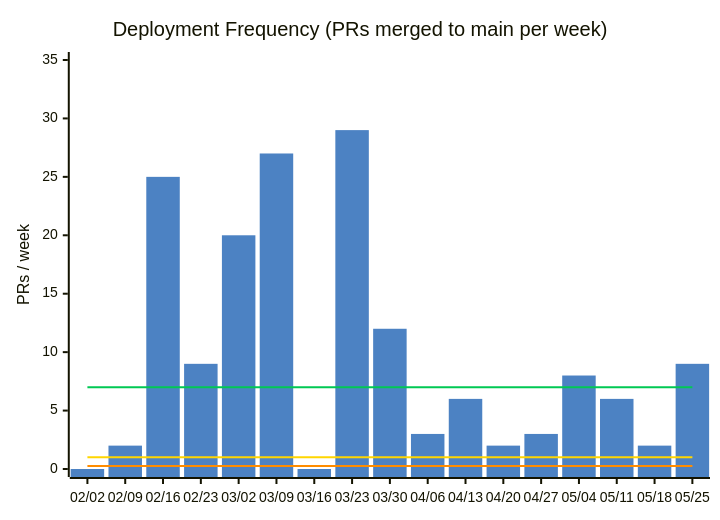
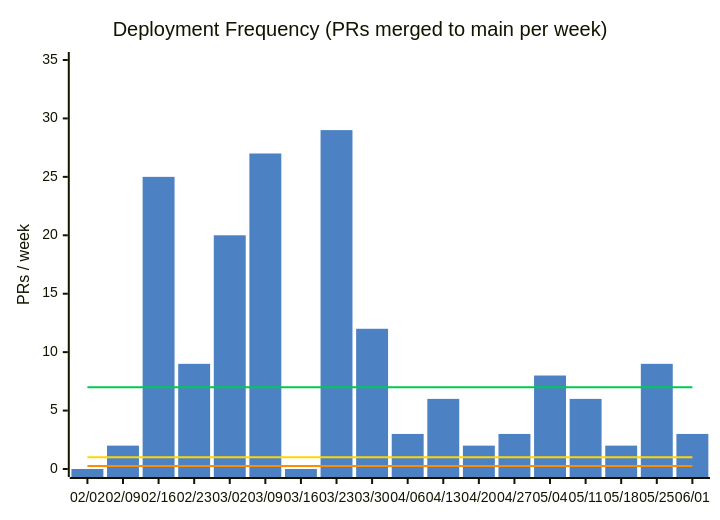
Before and after one commit to nablarch/nabledge-dev: the first of 14 diagrams in docs/metrics.md, drawn with Mermaid. The commit also changed other lines of this file and 2 other files, not shown here.

````diff
--- a/docs/metrics.md
+++ b/docs/metrics.md
@@ -37,11 +37,11 @@
 ```mermaid
 %%{init: {'theme': 'base', 'themeVariables': {'xyChart': {'plotColorPalette': '#4C82C3,#00C853,#FFD600,#FF8C00'}}}}%%
 xychart-beta
   title "Deployment Frequency (PRs merged to main per week)"
-  x-axis ["02/02", "02/09", "02/16", "02/23", "03/02", "03/09", "03/16", "03/23", "03/30", "04/06", "04/13", "04/20", "04/27", "05/04", "05/11", "05/18", "05/25"]
+  x-axis ["02/02", "02/09", "02/16", "02/23", "03/02", "03/09", "03/16", "03/23", "03/30", "04/06", "04/13", "04/20", "04/27", "05/04", "05/11", "05/18", "05/25", "06/01"]
   y-axis "PRs / week" 0 --> 35
-  bar [0, 2, 25, 9, 20, 27, 0, 29, 12, 3, 6, 2, 3, 8, 6, 2, 9]
-  line [7, 7, 7, 7, 7, 7, 7, 7, 7, 7, 7, 7, 7, 7, 7, 7, 7]
-  line [1, 1, 1, 1, 1, 1, 1, 1, 1, 1, 1, 1, 1, 1, 1, 1, 1]
-  line [0.25, 0.25, 0.25, 0.25, 0.25, 0.25, 0.25, 0.25, 0.25, 0.25, 0.25, 0.25, 0.25, 0.25, 0.25, 0.25, 0.25]
+  bar [0, 2, 25, 9, 20, 27, 0, 29, 12, 3, 6, 2, 3, 8, 6, 2, 9, 3]
+  line [7, 7, 7, 7, 7, 7, 7, 7, 7, 7, 7, 7, 7, 7, 7, 7, 7, 7]
+  line [1, 1, 1, 1, 1, 1, 1, 1, 1, 1, 1, 1, 1, 1, 1, 1, 1, 1]
+  line [0.25, 0.25, 0.25, 0.25, 0.25, 0.25, 0.25, 0.25, 0.25, 0.25, 0.25, 0.25, 0.25, 0.25, 0.25, 0.25, 0.25, 0.25]
 ```
````
